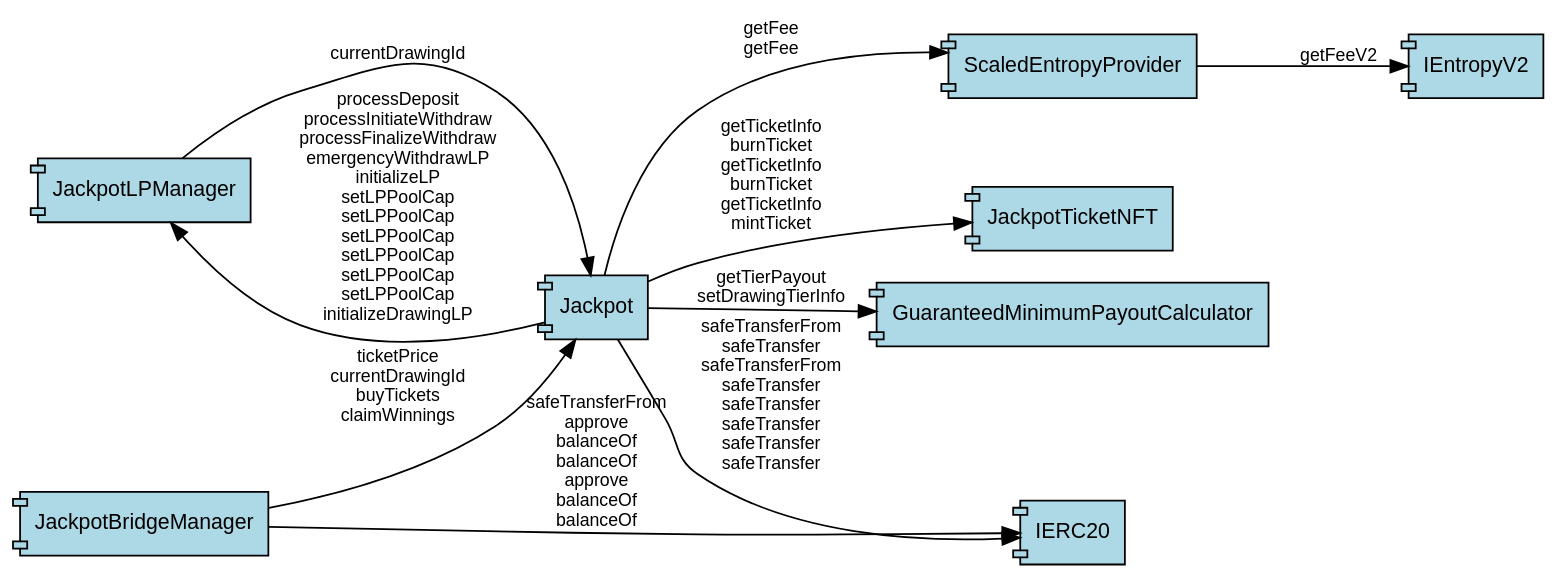
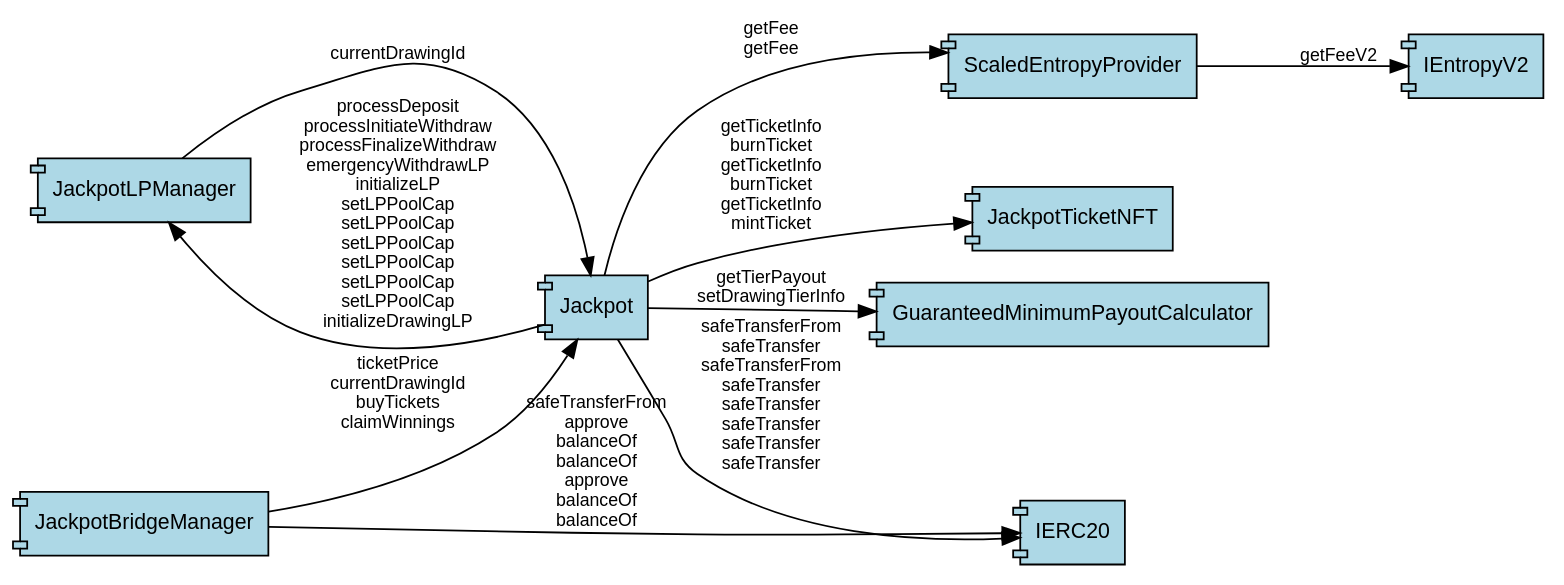
The diagram in reports/0_relations/contract_interactions.dot (DRIVENpol/rust_solidity_deep_analyzer), drawn with Graphviz before and after one commit. The commit also changed other lines of this file and 15 other files, not shown here.

```diff
--- a/reports/0_relations/contract_interactions.dot
+++ b/reports/0_relations/contract_interactions.dot
@@ -1,24 +1,24 @@
 digraph ContractInteractions {
   rankdir=LR;
   node [shape=component, style=filled, fillcolor=lightblue];
   graph [fontname="Arial", fontsize=14];
   node [fontname="Arial", fontsize=12];
   edge [fontname="Arial", fontsize=10];
 
   "JackpotLPManager" [label="JackpotLPManager"];
   "JackpotBridgeManager" [label="JackpotBridgeManager"];
   "ScaledEntropyProvider" [label="ScaledEntropyProvider"];
   "JackpotTicketNFT" [label="JackpotTicketNFT"];
   "GuaranteedMinimumPayoutCalculator" [label="GuaranteedMinimumPayoutCalculator"];
   "Jackpot" [label="Jackpot"];
 
+  "JackpotLPManager" -> "Jackpot" [label="currentDrawingId"];
+  "JackpotBridgeManager" -> "IERC20" [label="safeTransferFrom\napprove\nbalanceOf\nbalanceOf\napprove\nbalanceOf\nbalanceOf"];
+  "ScaledEntropyProvider" -> "IEntropyV2" [label="getFeeV2"];
+  "Jackpot" -> "JackpotTicketNFT" [label="getTicketInfo\nburnTicket\ngetTicketInfo\nburnTicket\ngetTicketInfo\nmintTicket"];
+  "Jackpot" -> "GuaranteedMinimumPayoutCalculator" [label="getTierPayout\nsetDrawingTierInfo"];
+  "JackpotBridgeManager" -> "Jackpot" [label="ticketPrice\ncurrentDrawingId\nbuyTickets\nclaimWinnings"];
   "Jackpot" -> "JackpotLPManager" [label="processDeposit\nprocessInitiateWithdraw\nprocessFinalizeWithdraw\nemergencyWithdrawLP\ninitializeLP\nsetLPPoolCap\nsetLPPoolCap\nsetLPPoolCap\nsetLPPoolCap\nsetLPPoolCap\nsetLPPoolCap\ninitializeDrawingLP"];
-  "ScaledEntropyProvider" -> "IEntropyV2" [label="getFeeV2"];
   "Jackpot" -> "ScaledEntropyProvider" [label="getFee\ngetFee"];
   "Jackpot" -> "IERC20" [label="safeTransferFrom\nsafeTransfer\nsafeTransferFrom\nsafeTransfer\nsafeTransfer\nsafeTransfer\nsafeTransfer\nsafeTransfer"];
-  "JackpotBridgeManager" -> "Jackpot" [label="ticketPrice\ncurrentDrawingId\nbuyTickets\nclaimWinnings"];
-  "Jackpot" -> "GuaranteedMinimumPayoutCalculator" [label="getTierPayout\nsetDrawingTierInfo"];
-  "JackpotLPManager" -> "Jackpot" [label="currentDrawingId"];
-  "Jackpot" -> "JackpotTicketNFT" [label="getTicketInfo\nburnTicket\ngetTicketInfo\nburnTicket\ngetTicketInfo\nmintTicket"];
-  "JackpotBridgeManager" -> "IERC20" [label="safeTransferFrom\napprove\nbalanceOf\nbalanceOf\napprove\nbalanceOf\nbalanceOf"];
 }
```
